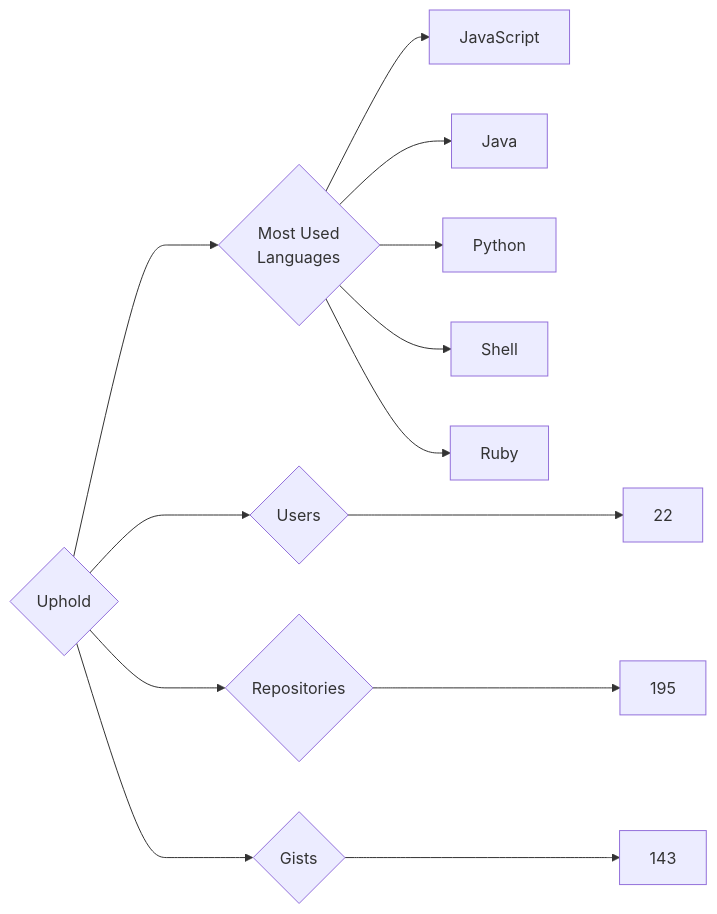
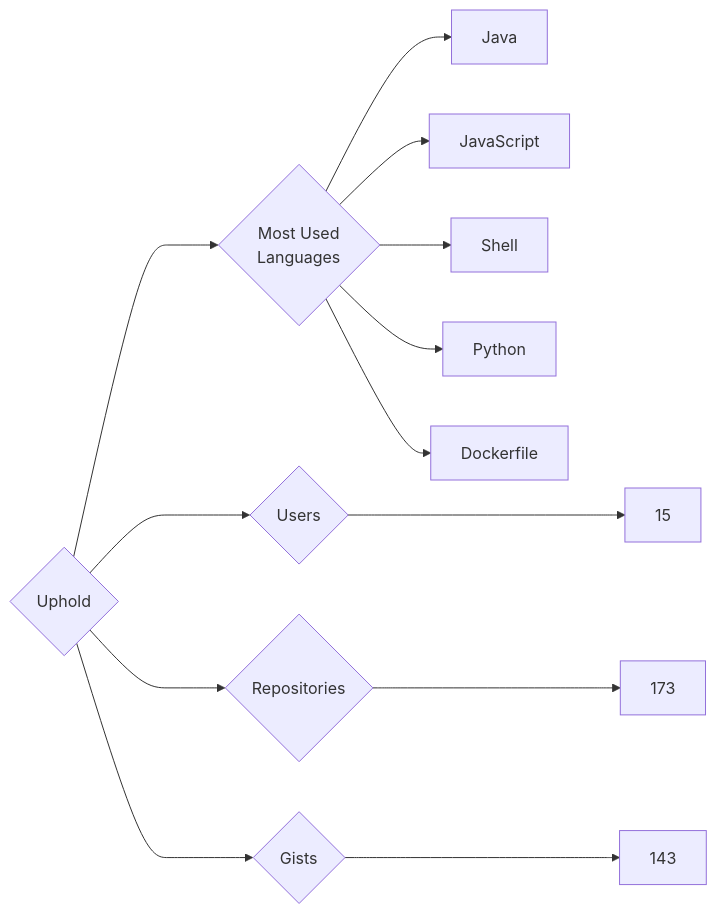
The diagram in targets/Uphold/README.md (trickest/insiders), drawn with Mermaid before and after one commit. The commit also changed 823 other files, not shown here.

````diff
--- a/targets/Uphold/README.md
+++ b/targets/Uphold/README.md
@@ -3,13 +3,13 @@
 ```mermaid
 graph LR
 COMPANY_NAME{Uphold}
-COMPANY_NAME ---> U{Users} ---> UN[22]
-COMPANY_NAME ---> R{Repositories} ---> RN[195]
+COMPANY_NAME ---> U{Users} ---> UN[15]
+COMPANY_NAME ---> R{Repositories} ---> RN[173]
 COMPANY_NAME ---> G{Gists} ---> GN[143]
 COMPANY_NAME ---> ML{Most Used<br>Languages}
+ML --> Java[Java]
 ML --> JavaScript[JavaScript]
-ML --> Java[Java]
+ML --> Shell[Shell]
 ML --> Python[Python]
-ML --> Shell[Shell]
-ML --> Ruby[Ruby]
+ML --> Dockerfile[Dockerfile]
 ```
````
